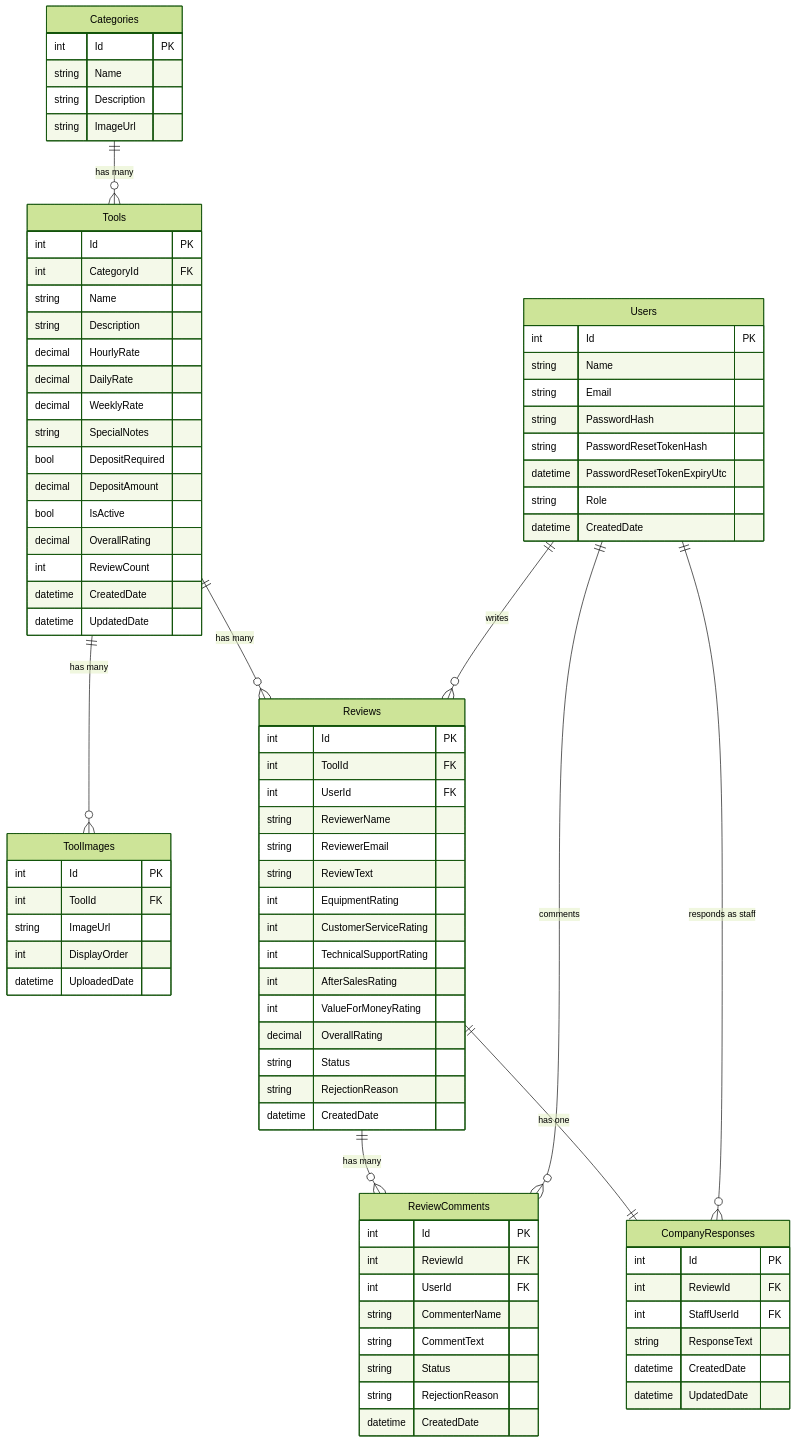
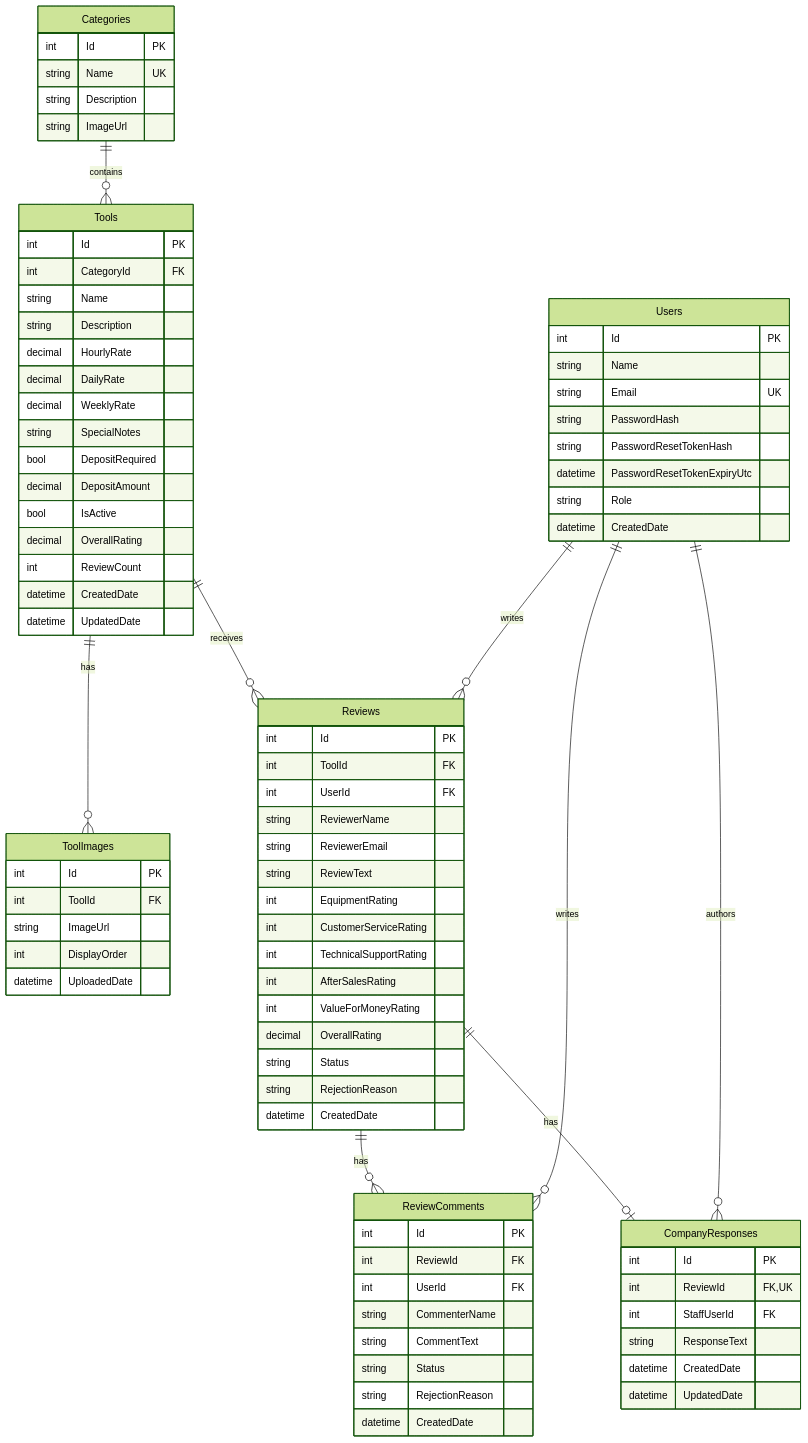
Before and after one commit to SEPP-2026/ReviewPortal-API: the diagram in docs/ERD.md, drawn with Mermaid (forest theme). The commit also changed 5 other files, not shown here.

Commit message:
Update Diagrams

````diff
--- a/docs/ERD.md
+++ b/docs/ERD.md
@@ -11,7 +11,7 @@
     Users {
         int Id PK
         string Name
-        string Email
+        string Email UK
         string PasswordHash
         string PasswordResetTokenHash
         datetime PasswordResetTokenExpiryUtc
@@ -21,7 +21,7 @@
 
     Categories {
         int Id PK
-        string Name
+        string Name UK
         string Description
         string ImageUrl
     }
@@ -83,19 +83,19 @@
 
     CompanyResponses {
         int Id PK
-        int ReviewId FK
+        int ReviewId FK,UK
         int StaffUserId FK
         string ResponseText
         datetime CreatedDate
         datetime UpdatedDate
     }
 
-    Categories ||--o{ Tools : "has many"
-    Tools ||--o{ ToolImages : "has many"
-    Tools ||--o{ Reviews : "has many"
-    Users ||--o{ Reviews : "writes"
-    Reviews ||--o{ ReviewComments : "has many"
-    Users ||--o{ ReviewComments : "comments"
-    Reviews ||--|| CompanyResponses : "has one"
-    Users ||--o{ CompanyResponses : "responds as staff"
+    Categories ||--o{ Tools : contains
+    Tools ||--o{ ToolImages : has
+    Tools ||--o{ Reviews : receives
+    Users ||--o{ Reviews : writes
+    Reviews ||--o{ ReviewComments : has
+    Users ||--o{ ReviewComments : writes
+    Reviews ||--o| CompanyResponses : has
+    Users ||--o{ CompanyResponses : authors
 ```
````
